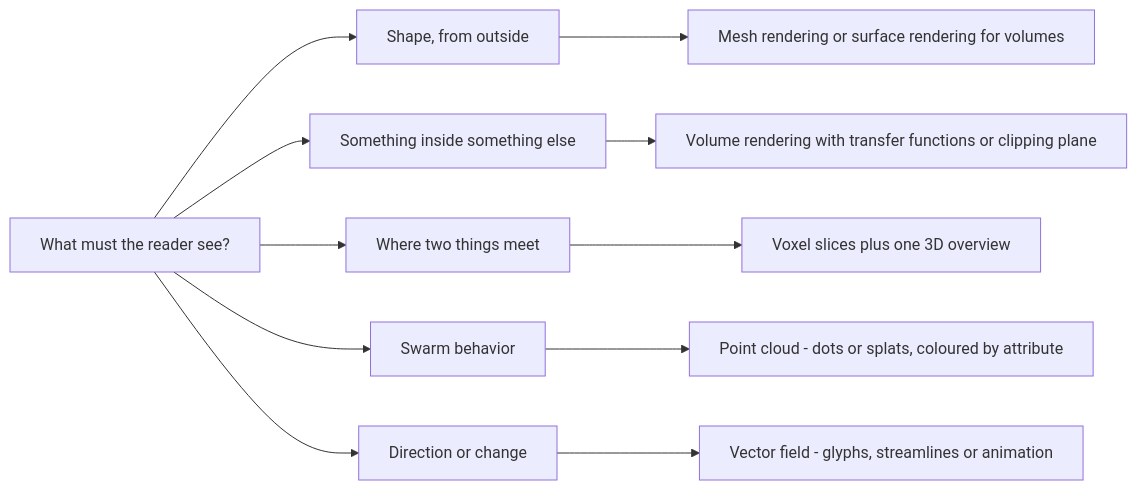
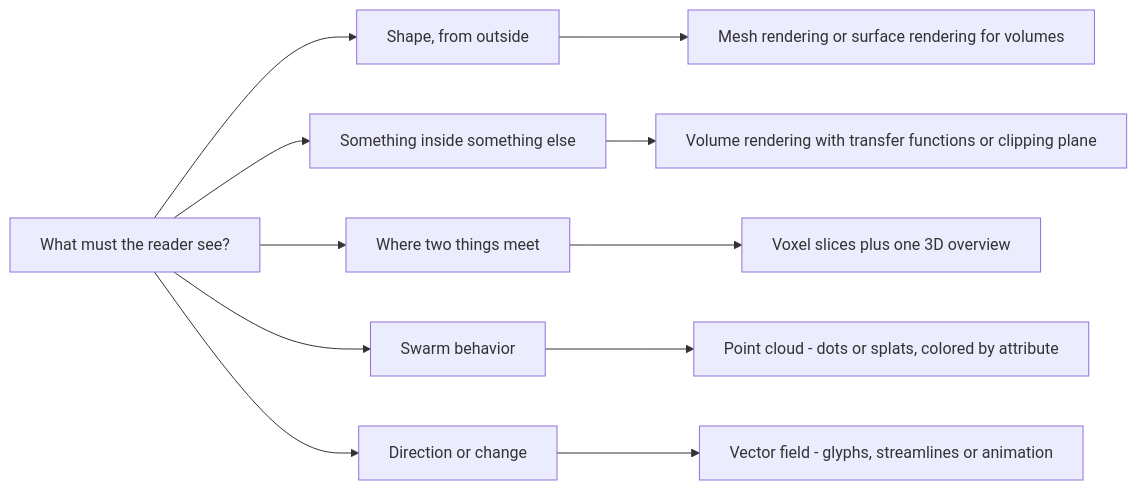
Before and after one commit to ida-mdc/workshop-visualization: the fourth of 4 diagrams in content/overview.md, drawn with Mermaid. The commit also changed other lines of this file and 6 other files, not shown here.

````diff
--- a/content/overview.md
+++ b/content/overview.md
@@ -461,18 +464,18 @@
 ```mermaid
 ---
 config:
   flowchart:
     wrappingWidth: 760
 ---
 flowchart LR
   Q["What must the reader see?"] --> A["Shape, from outside"]
   Q --> B["Something inside something else"]
   Q --> C["Where two things meet"]
   Q --> D["Swarm behavior"]
   Q --> E["Direction or change"]
   A --> A2["Mesh rendering or surface rendering for volumes"]
   B --> B2["Volume rendering with transfer functions or clipping plane"]
   C --> C2["Voxel slices plus one 3D overview"]
-  D --> D2["Point cloud - dots or splats, coloured by attribute"]
+  D --> D2["Point cloud - dots or splats, colored by attribute"]
   E --> E2["Vector field - glyphs, streamlines or animation"]
 ```
````
